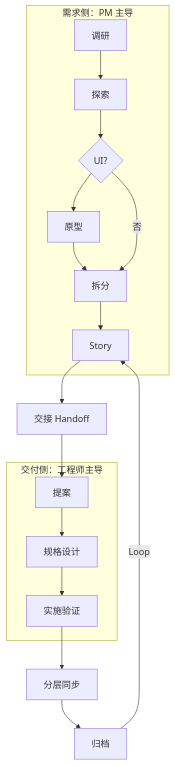
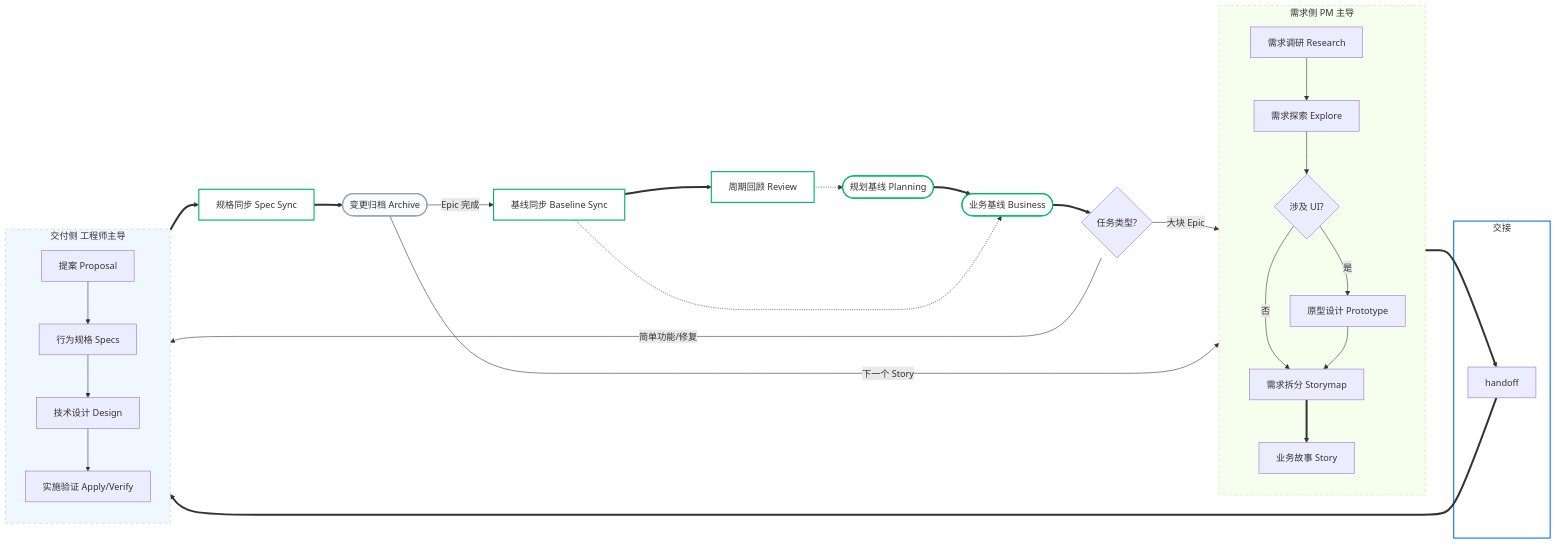
One commit to jkang/openspec-example changed the third of 3 diagrams in learning-sdd/TALK_PRD_TO_SPECS.md. Above: the diagram before and after it, drawn with Mermaid. The commit also changed other lines of this file and 1 other file, not shown here.

Commit message:
update flow

````diff
--- a/learning-sdd/TALK_PRD_TO_SPECS.md
+++ b/learning-sdd/TALK_PRD_TO_SPECS.md
@@ -77,14 +106,50 @@
 ```mermaid
-flowchart TD
-    subgraph Req[需求侧：PM 主导]
-        R1[调研] --> R2[探索] --> R3{UI?} --> R4[原型] --> R5[拆分] --> R6[Story]
-        R3 -- 否 --> R5
+flowchart LR
+    A([规划基线 Planning]) ==> B([业务基线 Business])
+    B ==> R{任务类型?}
+
+    subgraph ReqSide [需求侧 PM 主导]
+        direction TB
+        P1[需求调研 Research] --> P2[需求探索 Explore]
+        P2 --> P4{涉及 UI?}
+        P4 -- 是 --> P5[原型设计 Prototype]
+        P4 -- 否 --> P3[需求拆分 Storymap]
+        P5 --> P3
+        P3 ==> P6[业务故事 Story]
     end
-    R6 --> H[交接 Handoff]
-    H --> D1[提案]
-    subgraph Del[交付侧：工程师主导]
-        D1 --> D2[规格设计] --> D3[实施验证]
+
+    subgraph HandoffZone [交接]
+        H1[handoff]
     end
-    D3 --> S[分层同步] --> Ar[归档]
-    Ar -- Loop --> R6
+
+    subgraph DevSide [交付侧 工程师主导]
+        direction TB
+        D1[提案 Proposal] --> D2[行为规格 Specs]
+        D2 --> D3[技术设计 Design]
+        D3 --> D4[实施验证 Apply/Verify]
+    end
+
+    R -- 大块 Epic --> P1
+    R -- 简单功能/修复 --> D1
+
+    P6 ==> H1 ==> D1
+
+    D4 ==> K1[规格同步 Spec Sync]
+    K1 ==> L([变更归档 Archive])
+
+    L -- 下一个 Story --> P6
+    L -- Epic 完成 --> K2[基线同步 Baseline Sync]
+    K2 -.-> B
+    K2 ==> M[周期回顾 Review]
+    M -.-> A
+
+    style A fill:#fff,stroke:#00b96b,stroke-width:2px
+    style B fill:#fff,stroke:#00b96b,stroke-width:2px
+    style ReqSide fill:#f6ffed,stroke:#b7eb8f,stroke-dasharray: 5 5
+    style DevSide fill:#f0f7ff,stroke:#adc6ff,stroke-dasharray: 5 5
+    style HandoffZone fill:#fff,stroke:#1677ff,stroke-width:2px
+    style K1 fill:#fff,stroke:#00b96b,stroke-width:2px
+    style L fill:#f8fafc,stroke:#94a3b8,stroke-width:2px
+    style K2 fill:#fff,stroke:#00b96b,stroke-width:2px
+    style M fill:#fff,stroke:#00b96b,stroke-width:2px
 ```
````
